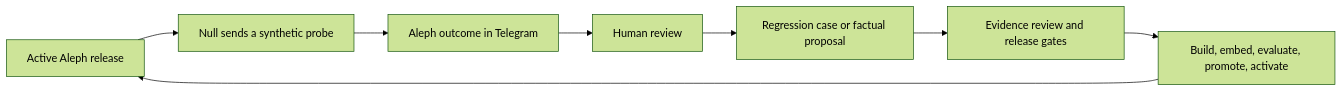
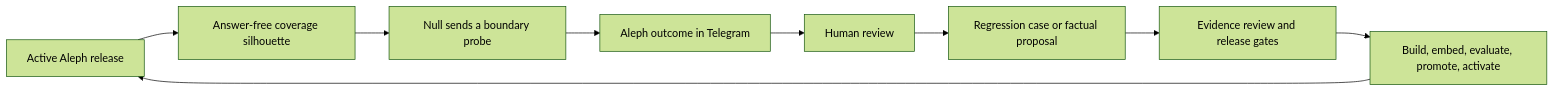
One commit to wildcat-finance/project-aleph changed the diagram in README.md. Above: the diagram before and after it, drawn with Mermaid (forest theme). The commit also changed other lines of this file and 6 other files, not shown here.

Commit message:
Publish answer-free coverage silhouettes

````diff
--- a/README.md
+++ b/README.md
@@ -71,10 +71,11 @@
 ```mermaid
 flowchart LR
-    A["Active Aleph release"] --> B["Null sends a synthetic probe"]
+    A["Active Aleph release"] --> S["Answer-free coverage silhouette"]
+    S --> B["Null sends a boundary probe"]
     B --> C["Aleph outcome in Telegram"]
     C --> D["Human review"]
     D --> E["Regression case or factual proposal"]
     E --> F["Evidence review and release gates"]
     F --> G["Build, embed, evaluate, promote, activate"]
     G --> A
 ```
````
